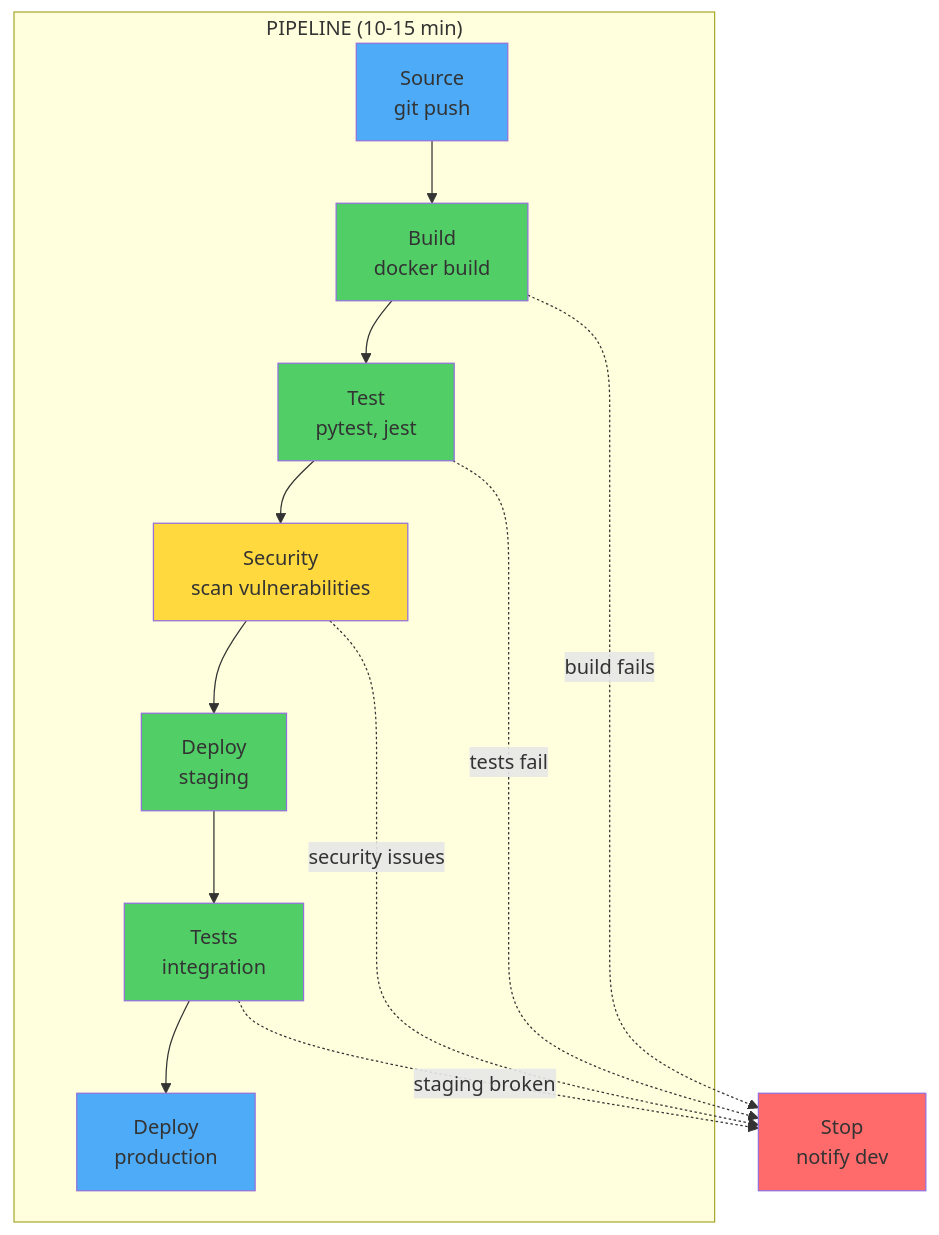
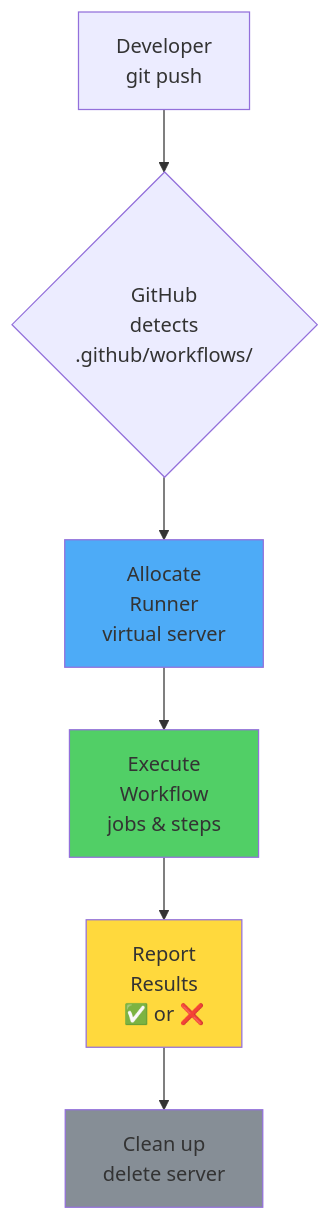
The second of 2 diagrams in docs/ci_cd/loeng.md (mtalvik/automatiseerimine_ext), drawn with Mermaid before and after one commit. The commit also changed other lines of this file, not shown here.

````diff
--- a/docs/ci_cd/loeng.md
+++ b/docs/ci_cd/loeng.md
@@ -155,25 +146,13 @@
 ```mermaid
 graph TB
-    subgraph "PIPELINE (10-15 min)"
-        A[Source<br/>git push] --> B[Build<br/>docker build]
-        B --> C[Test<br/>pytest, jest]
-        C --> D[Security<br/>scan vulnerabilities]
-        D --> E[Deploy<br/>staging]
-        E --> F[Tests<br/>integration]
-        F --> G[Deploy<br/>production]
-    end
+    A[Developer<br/>git push] --> B{GitHub<br/>detects<br/>.github/workflows/}
+    B --> C[Allocate<br/>Runner<br/>virtual server]
+    C --> D[Execute<br/>Workflow<br/>jobs & steps]
+    D --> E[Report<br/>Results<br/>✅ or ❌]
+    E --> F[Clean up<br/>delete server]
     
-    B -.build fails.-> H[Stop<br/>notify dev]
-    C -.tests fail.-> H
-    D -.security issues.-> H
-    F -.staging broken.-> H
-    
-    style A fill:#4dabf7
-    style B fill:#51cf66
-    style C fill:#51cf66
-    style D fill:#ffd93d
-    style E fill:#51cf66
-    style F fill:#51cf66
-    style G fill:#4dabf7
-    style H fill:#ff6b6b
+    style C fill:#4dabf7
+    style D fill:#51cf66
+    style E fill:#ffd93d
+    style F fill:#868e96
 ```
````
